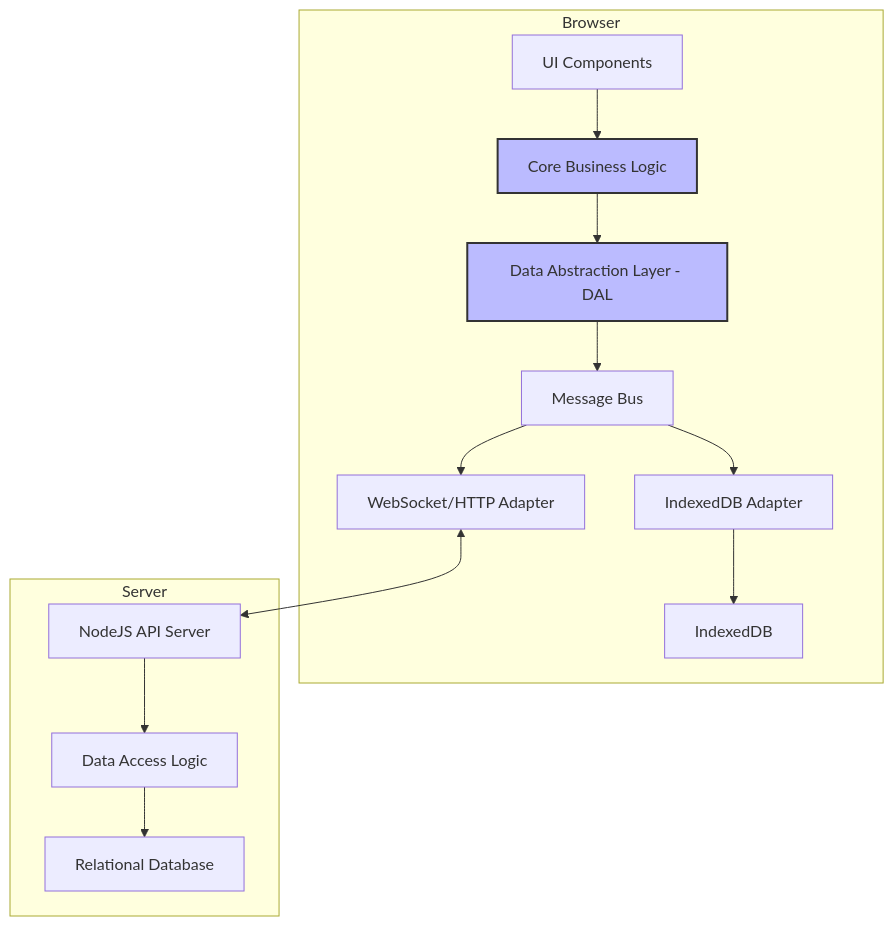
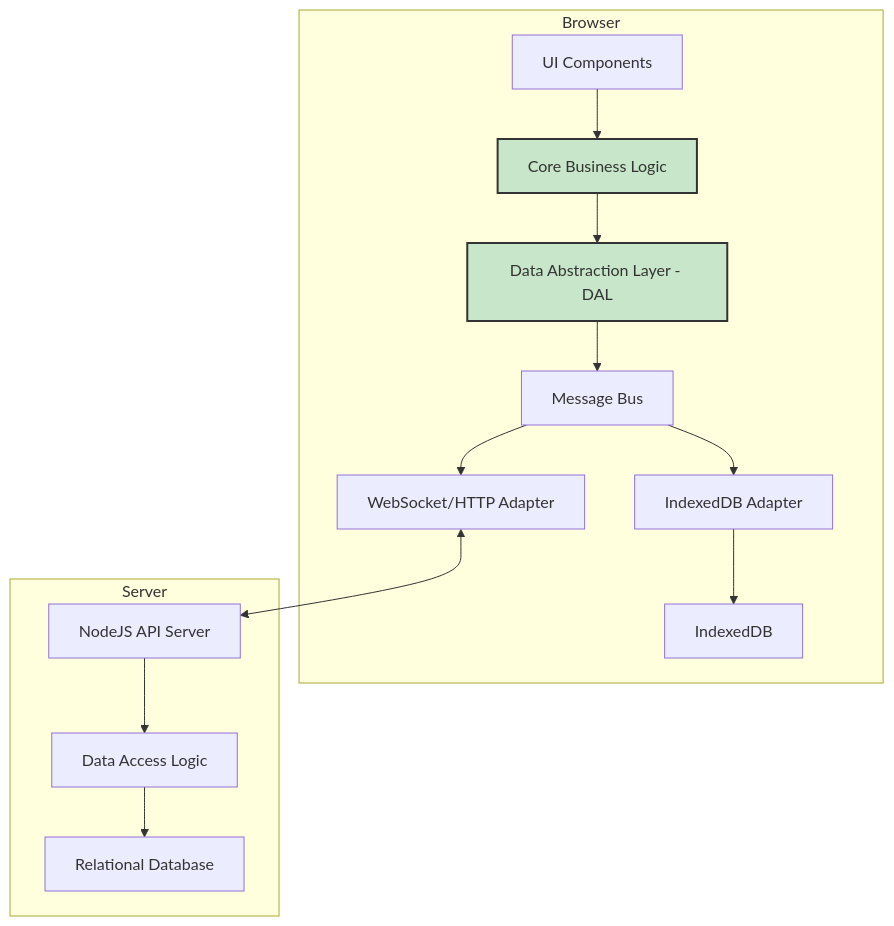
Before and after one commit to rngadam/flashcards: the first of 2 diagrams in DESIGN.md, drawn with Mermaid. The commit also changed other lines of this file, not shown here.

First line of the commit message:
docs: Update isomorphic architecture design based on feedback

````diff
--- a/DESIGN.md
+++ b/DESIGN.md
@@ -22,31 +22,31 @@
 ```mermaid
 graph TD
     subgraph Browser
         A[UI Components]
         B[Core Business Logic]
         C[Data Abstraction Layer - DAL]
         D[Message Bus]
         E[IndexedDB Adapter]
         F[WebSocket/HTTP Adapter]
         G[IndexedDB]
     end
 
     subgraph Server
         H[NodeJS API Server]
         I[Data Access Logic]
         J[Relational Database]
     end
 
     A --> B
     B --> C
     C --> D
     D --> E
     D --> F
     E --> G
     F <--> H
     H --> I
     I --> J
 
-    style B fill:#bbf,stroke:#333,stroke-width:2px
-    style C fill:#bbf,stroke:#333,stroke-width:2px
+    style B fill:#c8e6c9,stroke:#333,stroke-width:2px
+    style C fill:#c8e6c9,stroke:#333,stroke-width:2px
 ```
````
